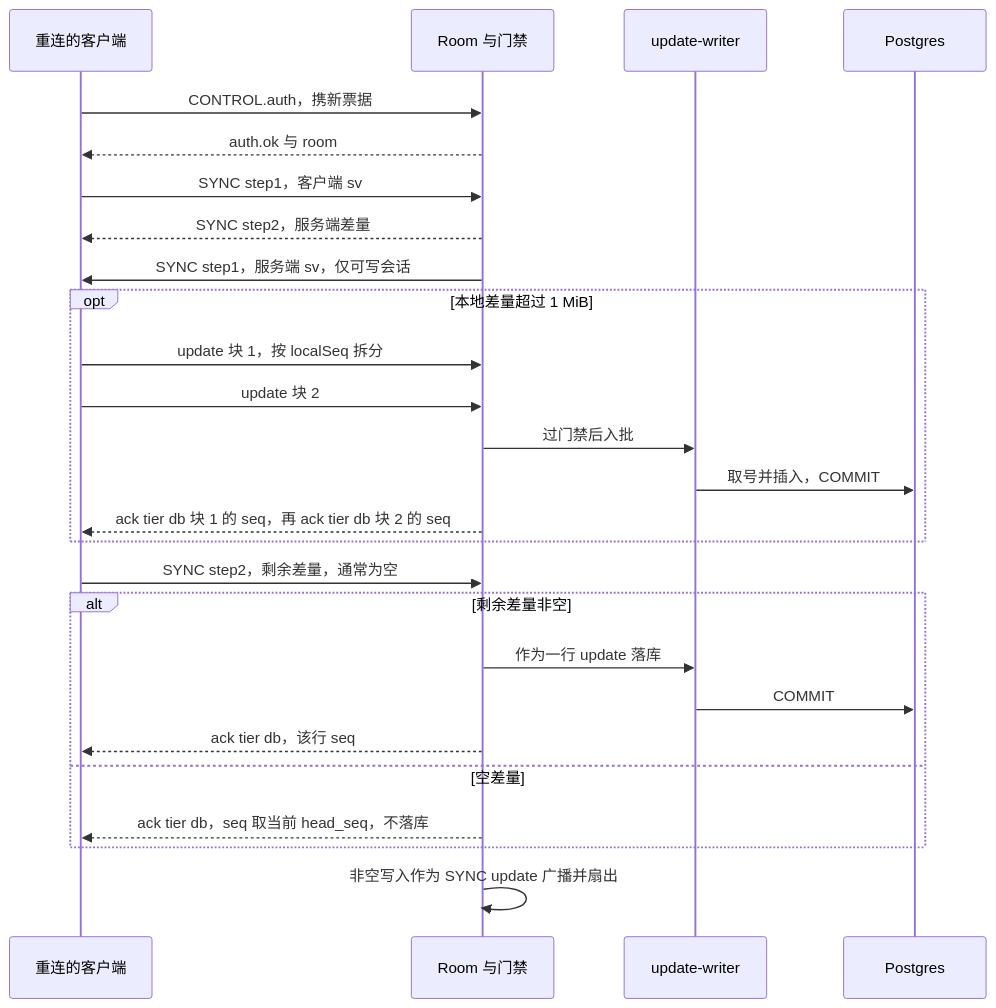
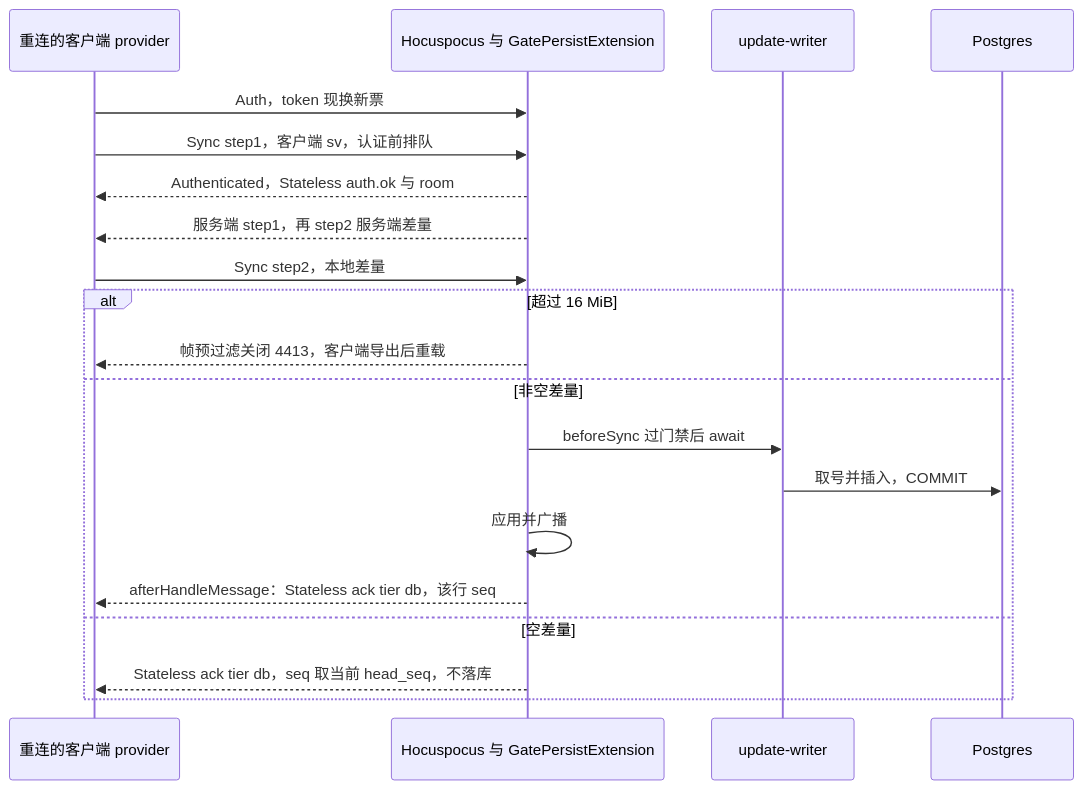
One commit to Xeonice/cordis-ppt-editor changed the fourth of 5 diagrams in docs/60-backend/16-ws-protocol-server-view.md. Above: the diagram before and after it, drawn with Mermaid. The commit also changed other lines of this file and 19 other files, not shown here.

````diff
--- a/docs/60-backend/16-ws-protocol-server-view.md
+++ b/docs/60-backend/16-ws-protocol-server-view.md
@@ -185,28 +195,22 @@
 ```mermaid
 sequenceDiagram
-  participant C as 重连的客户端
-  participant S as Room 与门禁
+  participant C as 重连的客户端 provider
+  participant H as Hocuspocus 与 GatePersistExtension
   participant W as update-writer
   participant PG as Postgres
-  C->>S: CONTROL.auth，携新票据
-  S-->>C: auth.ok 与 room
-  C->>S: SYNC step1，客户端 sv
-  S-->>C: SYNC step2，服务端差量
-  S->>C: SYNC step1，服务端 sv，仅可写会话
-  opt 本地差量超过 1 MiB
-    C->>S: update 块 1，按 localSeq 拆分
-    C->>S: update 块 2
-    S->>W: 过门禁后入批
+  C->>H: Auth，token 现换新票
+  C->>H: Sync step1，客户端 sv，认证前排队
+  H-->>C: Authenticated，Stateless auth.ok 与 room
+  H-->>C: 服务端 step1，再 step2 服务端差量
+  C->>H: Sync step2，本地差量
+  alt 超过 16 MiB
+    H-->>C: 帧预过滤关闭 4413，客户端导出后重载
+  else 非空差量
+    H->>W: beforeSync 过门禁后 await
     W->>PG: 取号并插入，COMMIT
-    S-->>C: ack tier db 块 1 的 seq，再 ack tier db 块 2 的 seq
+    H->>H: 应用并广播
+    H-->>C: afterHandleMessage：Stateless ack tier db，该行 seq
+  else 空差量
+    H-->>C: Stateless ack tier db，seq 取当前 head_seq，不落库
   end
-  C->>S: SYNC step2，剩余差量，通常为空
-  alt 剩余差量非空
-    S->>W: 作为一行 update 落库
-    W->>PG: COMMIT
-    S-->>C: ack tier db，该行 seq
-  else 空差量
-    S-->>C: ack tier db，seq 取当前 head_seq，不落库
-  end
-  S->>S: 非空写入作为 SYNC update 广播并扇出
 ```
````
